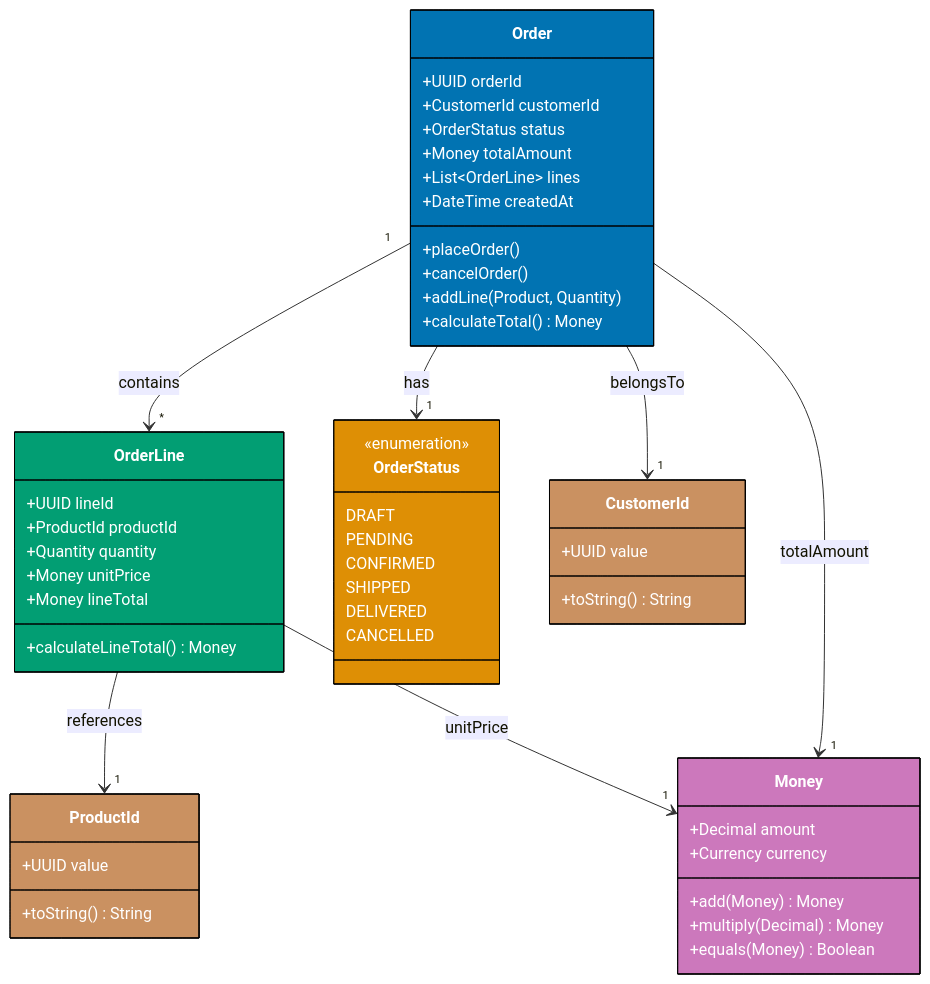
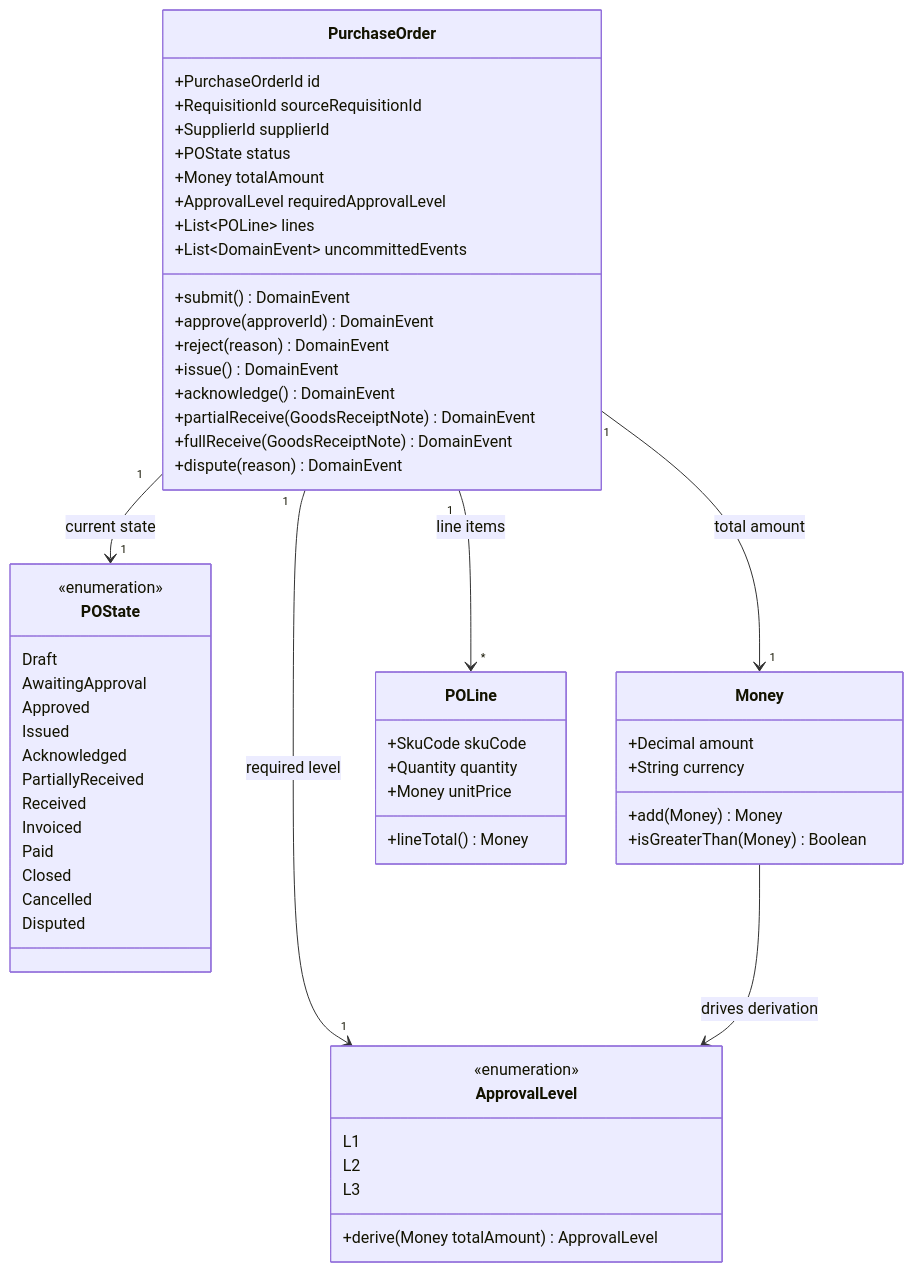
One commit to wahidyankf/open-sharia-enterprise changed the first of 25 diagrams in apps/ayokoding-web/content/en/learn/software-engineering/architecture/c4-architecture-model/by-example/advanced.md. Above: the diagram before and after it, drawn with Mermaid. The commit also changed other lines of this file and 38 other files, not shown here.

First line of the commit message:
docs(ayokoding-web): unify architecture tutorials on shared P2P domain

````diff
--- a/apps/ayokoding-web/content/en/learn/software-engineering/architecture/c4-architecture-model/by-example/advanced.md
+++ b/apps/ayokoding-web/content/en/learn/software-engineering/architecture/c4-architecture-model/by-example/advanced.md
@@ -18,66 +18,65 @@
 ```mermaid
 classDiagram
-    class Order {
-        +UUID orderId
-        +CustomerId customerId
-        +OrderStatus status
+    class PurchaseOrder {
+        +PurchaseOrderId id
+        +RequisitionId sourceRequisitionId
+        +SupplierId supplierId
+        +POState status
         +Money totalAmount
-        +List~OrderLine~ lines
-        +DateTime createdAt
-        +placeOrder()
-        +cancelOrder()
-        +addLine(Product, Quantity)
-        +calculateTotal() Money
+        +ApprovalLevel requiredApprovalLevel
+        +List~POLine~ lines
+        +List~DomainEvent~ uncommittedEvents
+        +submit() DomainEvent
+        +approve(approverId) DomainEvent
+        +reject(reason) DomainEvent
+        +issue() DomainEvent
+        +acknowledge() DomainEvent
+        +partialReceive(GoodsReceiptNote) DomainEvent
+        +fullReceive(GoodsReceiptNote) DomainEvent
+        +dispute(reason) DomainEvent
     }
 
-    class OrderLine {
-        +UUID lineId
-        +ProductId productId
-        +Quantity quantity
-        +Money unitPrice
-        +Money lineTotal
-        +calculateLineTotal() Money
-    }
-
-    class OrderStatus {
+    class POState {
         <<enumeration>>
-        DRAFT
-        PENDING
-        CONFIRMED
-        SHIPPED
-        DELIVERED
-        CANCELLED
+        Draft
+        AwaitingApproval
+        Approved
+        Issued
+        Acknowledged
+        PartiallyReceived
+        Received
+        Invoiced
+        Paid
+        Closed
+        Cancelled
+        Disputed
     }
 
     class Money {
         +Decimal amount
-        +Currency currency
+        +String currency
         +add(Money) Money
-        +multiply(Decimal) Money
-        +equals(Money) Boolean
+        +isGreaterThan(Money) Boolean
     }
 
-    class CustomerId {
-        +UUID value
-        +toString() String
+    class ApprovalLevel {
+        <<enumeration>>
+        L1
+        L2
+        L3
+        +derive(Money totalAmount) ApprovalLevel
     }
 
-    class ProductId {
-        +UUID value
-        +toString() String
+    class POLine {
+        +SkuCode skuCode
+        +Quantity quantity
+        +Money unitPrice
+        +lineTotal() Money
     }
 
-    Order "1" --> "*" OrderLine : contains
-    Order --> "1" OrderStatus : has
-    Order --> "1" CustomerId : belongsTo
-    OrderLine --> "1" ProductId : references
-    OrderLine --> "1" Money : unitPrice
-    Order --> "1" Money : totalAmount
-
-    style Order fill:#0173B2,stroke:#000,color:#fff
-    style OrderLine fill:#029E73,stroke:#000,color:#fff
-    style OrderStatus fill:#DE8F05,stroke:#000,color:#fff
-    style Money fill:#CC78BC,stroke:#000,color:#fff
-    style CustomerId fill:#CA9161,stroke:#000,color:#fff
-    style ProductId fill:#CA9161,stroke:#000,color:#fff
+    PurchaseOrder "1" --> "1" POState : current state
+    PurchaseOrder "1" --> "1" Money : total amount
+    PurchaseOrder "1" --> "1" ApprovalLevel : required level
+    PurchaseOrder "1" --> "*" POLine : line items
+    Money --> ApprovalLevel : drives derivation
 ```
````
